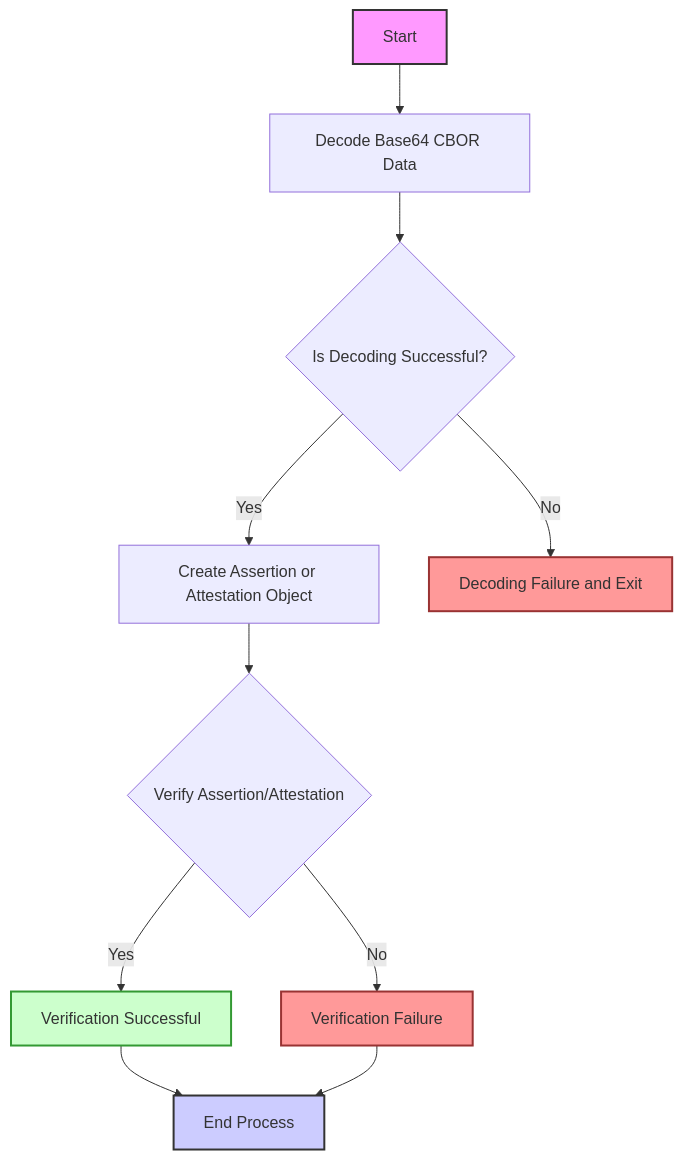
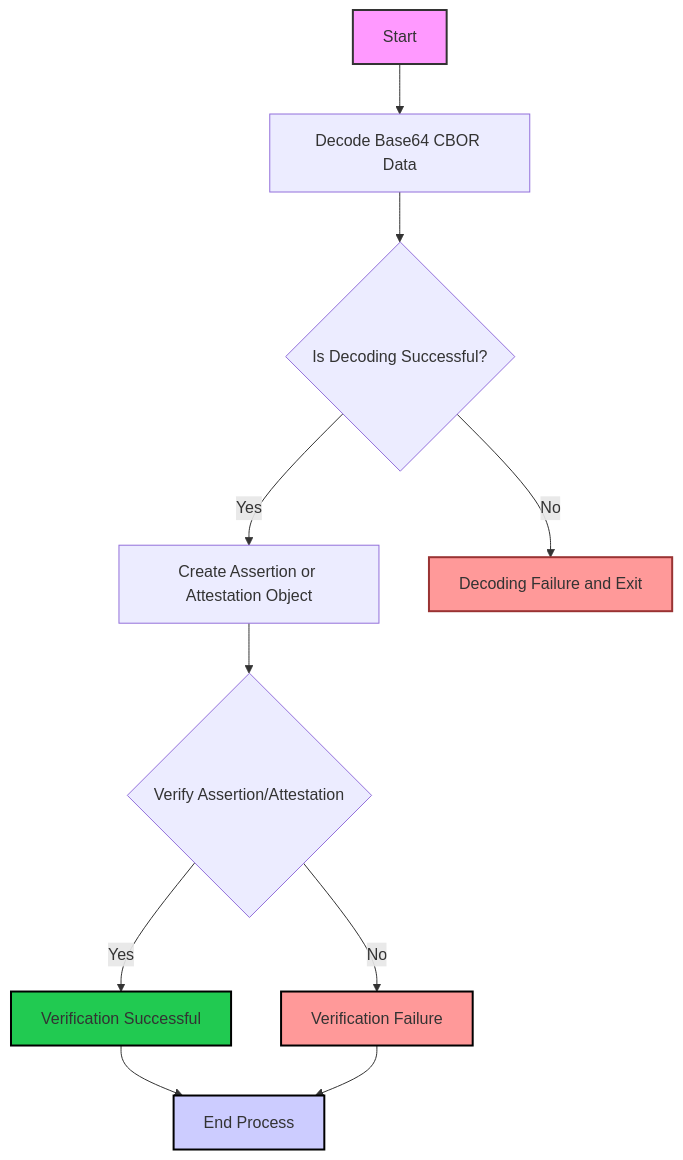
One commit to TheDhejavu/appattest-rs changed the diagram in README.md. Above: the diagram before and after it, drawn with Mermaid.

````diff
--- a/README.md
+++ b/README.md
@@ -8,21 +8,21 @@
 ```mermaid
 flowchart TD
     A[Start] --> B[Decode Base64 CBOR Data]
     B --> C{Is Decoding Successful?}
     C -->|Yes| D[Create Assertion or Attestation Object]
     C -->|No| E[Decoding Failure and Exit]
 
     D --> F{Verify Assertion/Attestation}
     F -->|Yes| G[Verification Successful]
     F -->|No| H[Verification Failure]
 
     G --> I[End Process]
     H --> I
 
     style A fill:#f9f,stroke:#333,stroke-width:2px
-    style I fill:#ccf,stroke:#333,stroke-width:2px
-    style G fill:#cfc,stroke:#393,stroke-width:2px
-    style H fill:#f99,stroke:#933,stroke-width:2px
+    style I fill:#ccf,stroke:#000,stroke-width:2px
+    style G fill:#21CA51,stroke:#000,stroke-width:2px
+    style H fill:#f99,stroke:#000,stroke-width:2px
     style E fill:#f99,stroke:#933,stroke-width:2px
 
 ```
````
